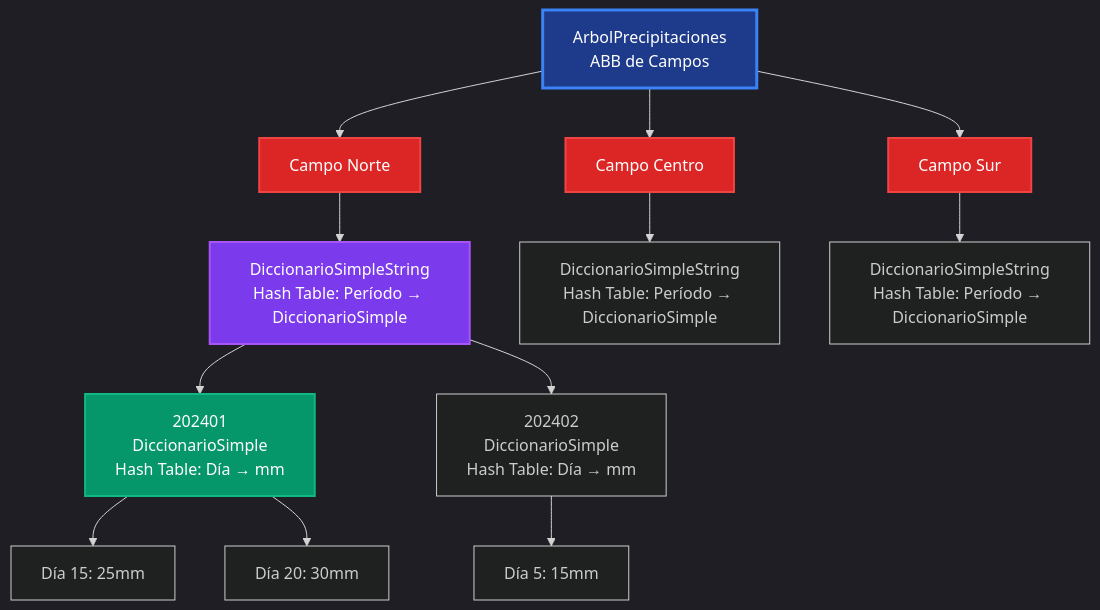
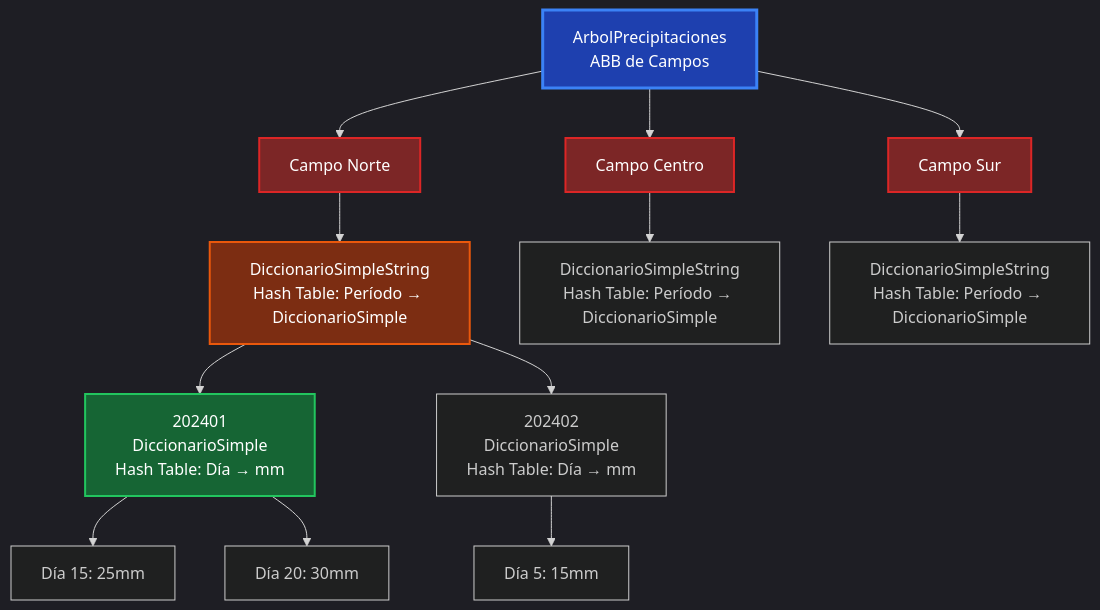
One commit to pybalt/algo2 changed the first of 16 diagrams in tp-final/README_IMPLEMENTACIONES.md. Above: the diagram before and after it, drawn with Mermaid. The commit also changed other lines of this file and 1 other file, not shown here.

````diff
--- a/tp-final/README_IMPLEMENTACIONES.md
+++ b/tp-final/README_IMPLEMENTACIONES.md
@@ -18,25 +19,25 @@
 ```mermaid
 %%{init: {'theme':'dark'}}%%
 graph TB
     A["ArbolPrecipitaciones<br/>ABB de Campos"] --> B["Campo Norte"]
     A --> C["Campo Centro"] 
     A --> D["Campo Sur"]
     
     B --> E["DiccionarioSimpleString<br/>Hash Table: Período → DiccionarioSimple"]
     C --> F["DiccionarioSimpleString<br/>Hash Table: Período → DiccionarioSimple"]
     D --> G["DiccionarioSimpleString<br/>Hash Table: Período → DiccionarioSimple"]
     
     E --> H["202401<br/>DiccionarioSimple<br/>Hash Table: Día → mm"]
     E --> I["202402<br/>DiccionarioSimple<br/>Hash Table: Día → mm"]
     
     H --> J["Día 15: 25mm"]
     H --> K["Día 20: 30mm"]
     I --> L["Día 5: 15mm"]
     
-    style A fill:#1e3a8a,stroke:#3b82f6,stroke-width:3px,color:#fff
-    style E fill:#7c3aed,stroke:#a855f7,stroke-width:2px,color:#fff
-    style H fill:#059669,stroke:#10b981,stroke-width:2px,color:#fff
-    style B fill:#dc2626,stroke:#ef4444,stroke-width:2px,color:#fff
-    style C fill:#dc2626,stroke:#ef4444,stroke-width:2px,color:#fff
-    style D fill:#dc2626,stroke:#ef4444,stroke-width:2px,color:#fff
+    style A fill:#1e40af,stroke:#3b82f6,stroke-width:3px,color:#ffffff
+    style E fill:#7c2d12,stroke:#ea580c,stroke-width:2px,color:#ffffff
+    style H fill:#166534,stroke:#22c55e,stroke-width:2px,color:#ffffff
+    style B fill:#7c2626,stroke:#dc2626,stroke-width:2px,color:#ffffff
+    style C fill:#7c2626,stroke:#dc2626,stroke-width:2px,color:#ffffff
+    style D fill:#7c2626,stroke:#dc2626,stroke-width:2px,color:#ffffff
 ```
````
